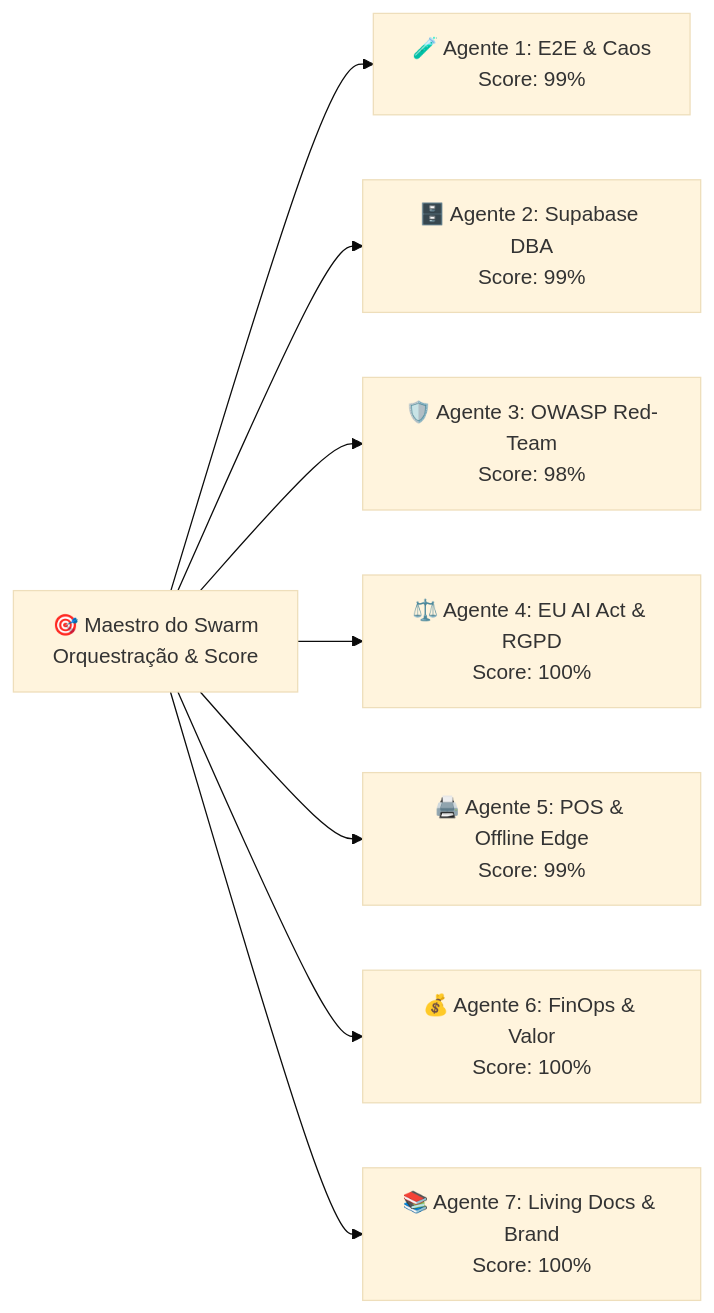
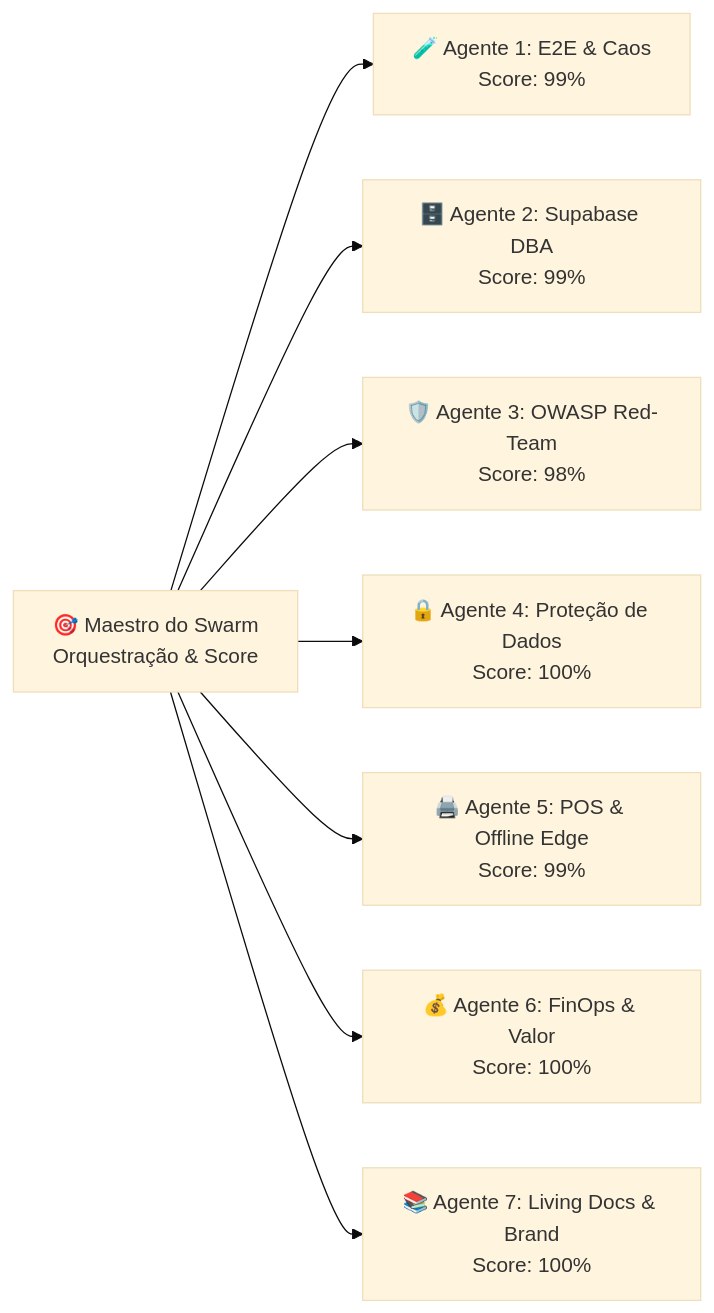
The diagram in docs/06_Relatorio_Auditoria_Bulletproof_Swarm.md (lfcarreiras/App-Padaria), drawn with Mermaid (base theme) before and after one commit. The commit also changed other lines of this file and 14 other files, not shown here.

Commit message:
chore(ui-docs): remover mencoes ao EU AI Act e simplificar aviso de protecao de dados no portal de clientes

````diff
--- a/docs/06_Relatorio_Auditoria_Bulletproof_Swarm.md
+++ b/docs/06_Relatorio_Auditoria_Bulletproof_Swarm.md
@@ -15,10 +15,10 @@
 ```mermaid
 flowchart LR
     M["🎯 Maestro do Swarm<br/>Orquestração & Score"] --> A1["🧪 Agente 1: E2E & Caos<br/>Score: 99%"]
     M --> A2["🗄️ Agente 2: Supabase DBA<br/>Score: 99%"]
     M --> A3["🛡️ Agente 3: OWASP Red-Team<br/>Score: 98%"]
-    M --> A4["⚖️ Agente 4: EU AI Act & RGPD<br/>Score: 100%"]
+    M --> A4["🔒 Agente 4: Proteção de Dados<br/>Score: 100%"]
     M --> A5["🖨️ Agente 5: POS & Offline Edge<br/>Score: 99%"]
     M --> A6["💰 Agente 6: FinOps & Valor<br/>Score: 100%"]
     M --> A7["📚 Agente 7: Living Docs & Brand<br/>Score: 100%"]
 ```
````
